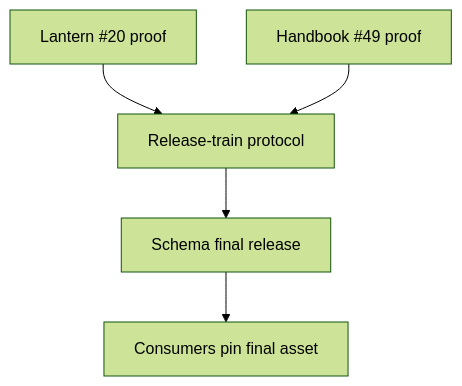
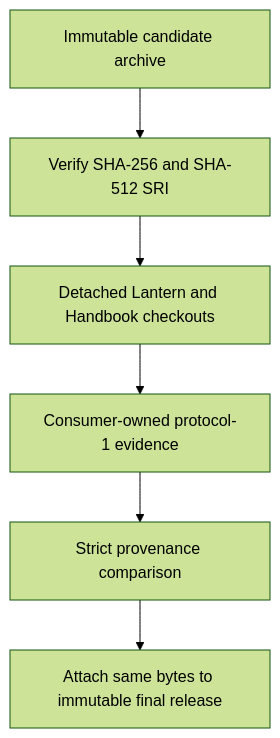
One commit to RebelliousSmile/schema-pbta changed the first of 2 diagrams in aidd_docs/tasks/2026_09/2026_09_22_cross_repo_release_train/phase-3.md. Above: the diagram before and after it, drawn with Mermaid (forest theme). The commit also changed other lines of this file and 9 other files, not shown here.

Commit message:
feat(release-train): define protocol-1 evidence

````diff
--- a/aidd_docs/tasks/2026_09/2026_09_22_cross_repo_release_train/phase-3.md
+++ b/aidd_docs/tasks/2026_09/2026_09_22_cross_repo_release_train/phase-3.md
@@ -33,7 +23,8 @@
 ```mermaid
 flowchart TD
-  A[Lantern #20 proof] --> C[Release-train protocol]
-  B[Handbook #49 proof] --> C
-  C --> D[Schema final release]
-  D --> E[Consumers pin final asset]
+  A[Immutable candidate archive] --> B[Verify SHA-256 and SHA-512 SRI]
+  B --> C[Detached Lantern and Handbook checkouts]
+  C --> D[Consumer-owned protocol-1 evidence]
+  D --> E[Strict provenance comparison]
+  E --> F[Attach same bytes to immutable final release]
 ```
````
